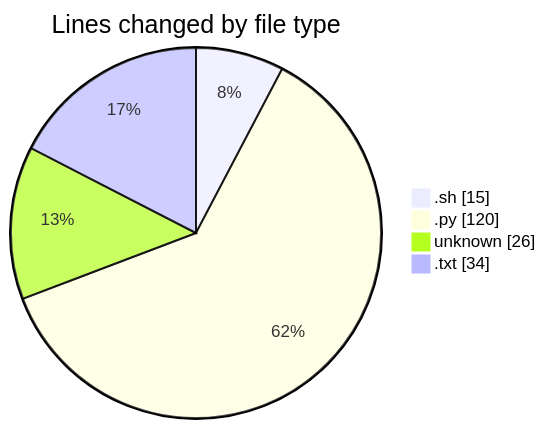
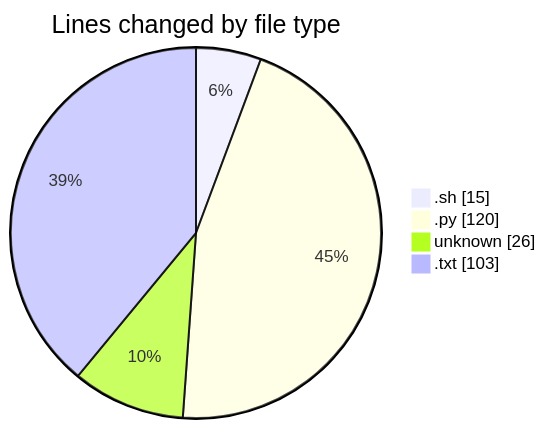
One commit to momahboobian/code-tracking changed the first of 2 diagrams in 2025-01-25/samplepdf/README.md. Above: the diagram before and after it, drawn with Mermaid. The commit also changed other lines of this file and 1 other file, not shown here.

````diff
--- a/2025-01-25/samplepdf/README.md
+++ b/2025-01-25/samplepdf/README.md
@@ -26,8 +26,8 @@
 ```mermaid
 pie showData
 title Lines changed by file type
 ".sh" : 15
 ".py" : 120
 "unknown" : 26
-".txt" : 34
+".txt" : 103
 ```
````
